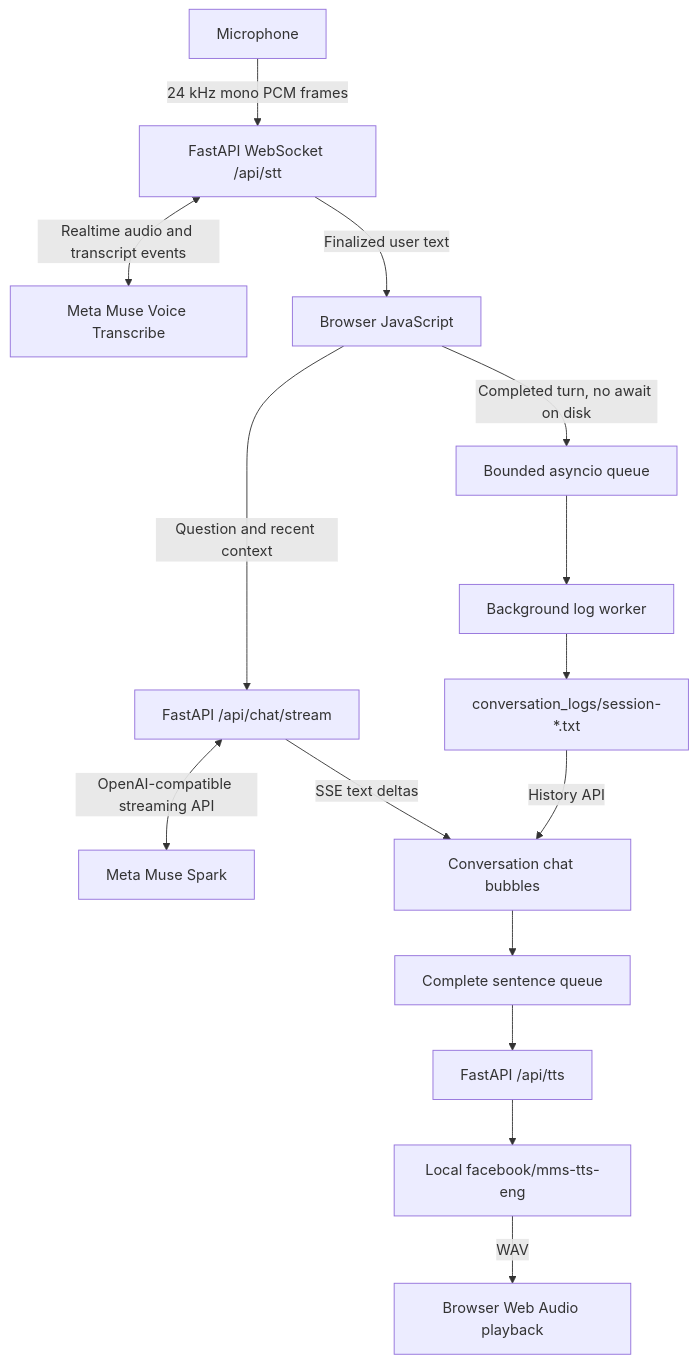
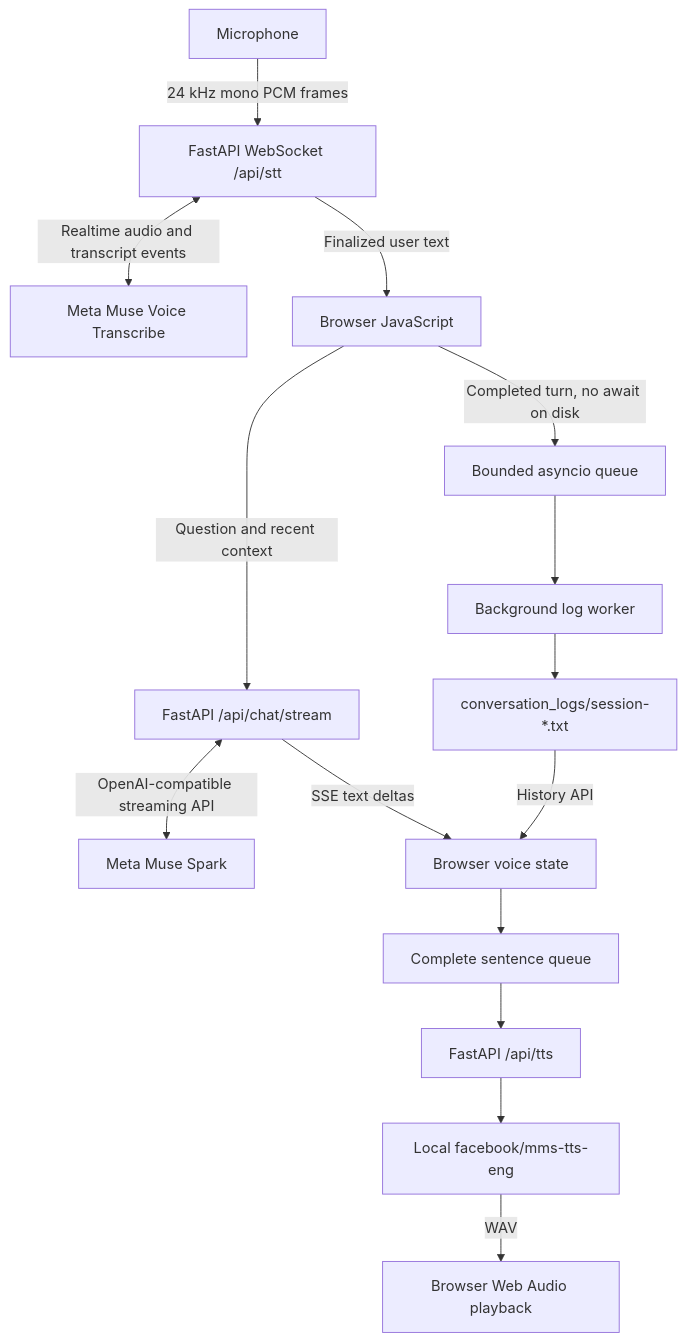
The first of 2 diagrams in PROJECT_EXPLAINED.md (shantan1213/voice-pilot), drawn with Mermaid before and after one commit. The commit also changed other lines of this file and 3 other files, not shown here.

````diff
--- a/PROJECT_EXPLAINED.md
+++ b/PROJECT_EXPLAINED.md
@@ -16,17 +16,17 @@
 ```mermaid
 flowchart TD
     M[Microphone] -->|24 kHz mono PCM frames| WS[FastAPI WebSocket /api/stt]
     WS <-->|Realtime audio and transcript events| ASR[Meta Muse Voice Transcribe]
     WS -->|Finalized user text| JS[Browser JavaScript]
     JS -->|Question and recent context| CHAT[FastAPI /api/chat/stream]
     CHAT <-->|OpenAI-compatible streaming API| SPARK[Meta Muse Spark]
-    CHAT -->|SSE text deltas| BUBBLES[Conversation chat bubbles]
-    BUBBLES --> SENTENCES[Complete sentence queue]
+    CHAT -->|SSE text deltas| UI[Browser voice state]
+    UI --> SENTENCES[Complete sentence queue]
     SENTENCES --> TTS[FastAPI /api/tts]
     TTS --> MMS[Local facebook/mms-tts-eng]
     MMS -->|WAV| AUDIO[Browser Web Audio playback]
     JS -->|Completed turn, no await on disk| Q[Bounded asyncio queue]
     Q --> W[Background log worker]
     W --> FILE[conversation_logs/session-*.txt]
-    FILE -->|History API| BUBBLES
+    FILE -->|History API| UI
 ```
````
